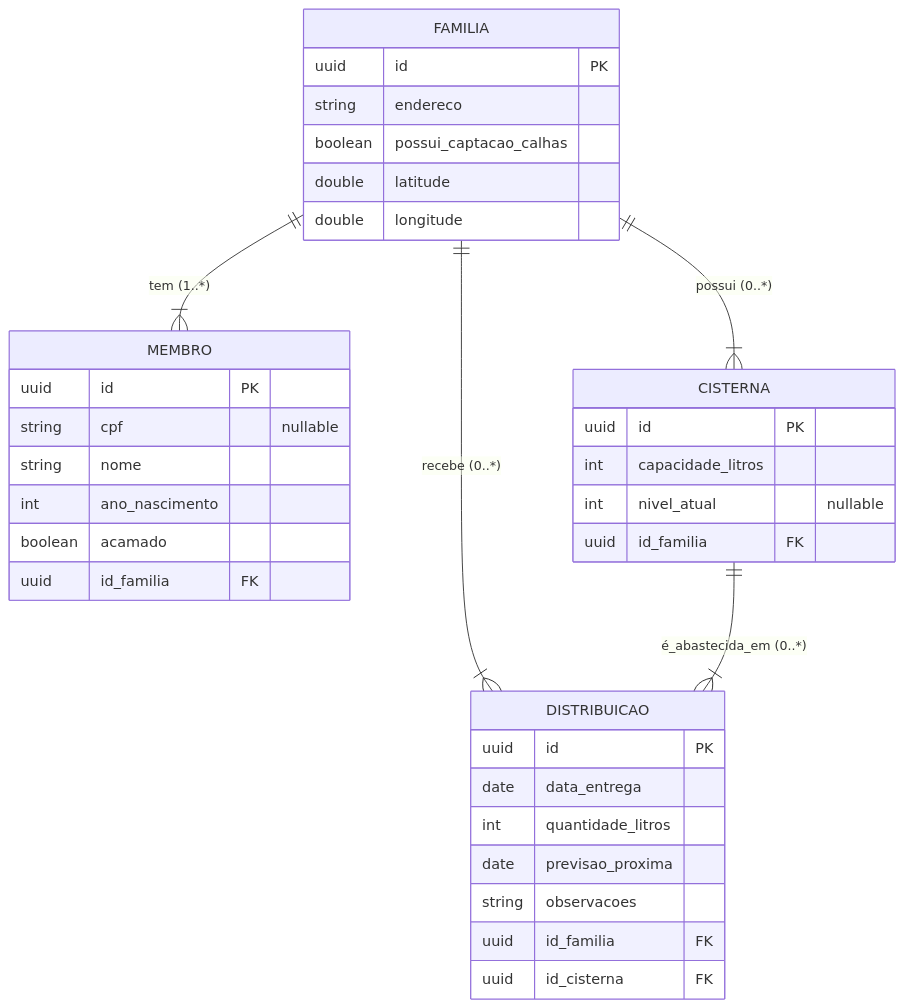
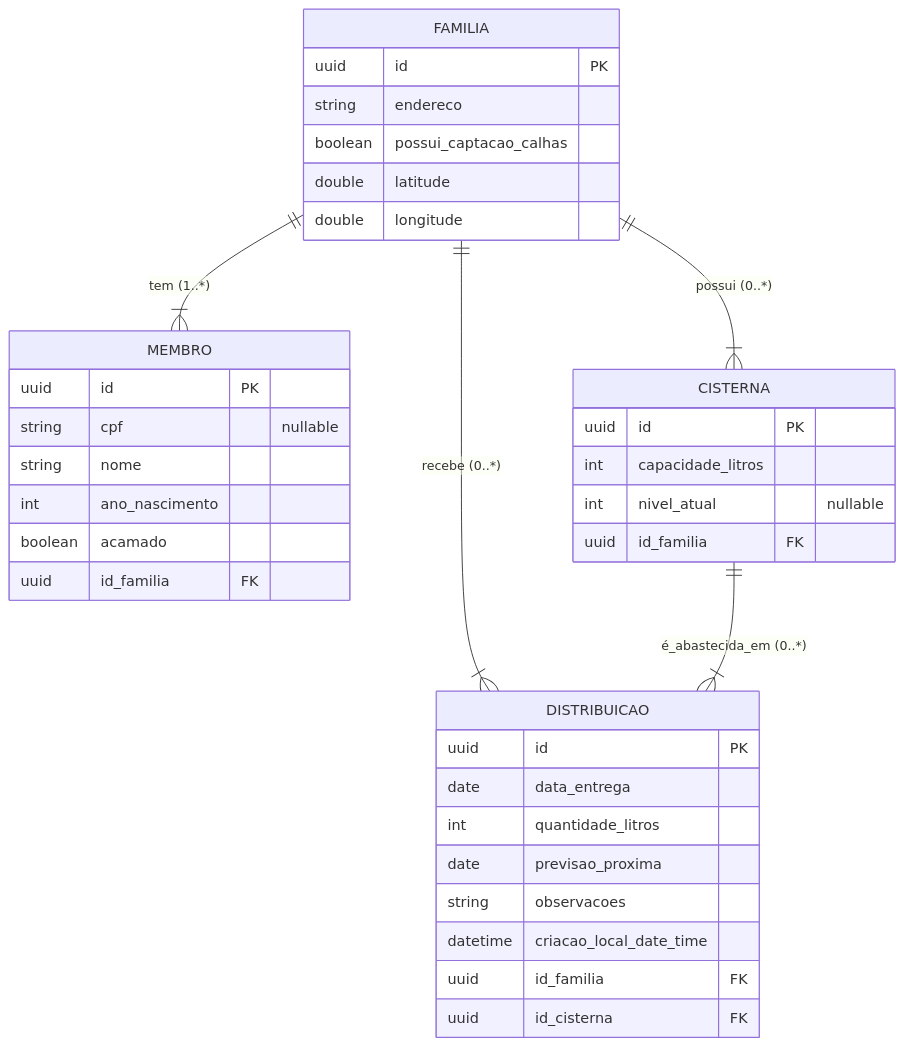
Before and after one commit to ricardoo-azevedo/Projeto-Back-End-Mais-Agua-Para-Nosso-Povo: the diagram in README.md, drawn with Mermaid.

Commit message:
feat: adicionando atributo necessario na entidade de Distribuição na modelagem de dados

````diff
--- a/README.md
+++ b/README.md
@@ -34,41 +34,42 @@
 ```mermaid
 erDiagram
     FAMILIA {
         uuid id PK
         string endereco
         boolean possui_captacao_calhas
         double latitude
         double longitude
     }
 
     MEMBRO {
         uuid id PK
         string cpf "nullable"
         string nome
         int ano_nascimento
         boolean acamado
         uuid id_familia FK
     }
 
     CISTERNA {
         uuid id PK
         int capacidade_litros
         int nivel_atual "nullable"
         uuid id_familia FK
     }
 
     DISTRIBUICAO {
         uuid id PK
         date data_entrega
         int quantidade_litros
         date previsao_proxima
         string observacoes
+        datetime criacao_local_date_time
         uuid id_familia FK
         uuid id_cisterna FK
     }
 
     FAMILIA ||--|{ MEMBRO : "tem (1..*)"
     FAMILIA ||--|{ CISTERNA : "possui (0..*)"
     FAMILIA ||--|{ DISTRIBUICAO : "recebe (0..*)"
     CISTERNA ||--|{ DISTRIBUICAO : "é_abastecida_em (0..*)"
 ```
````
